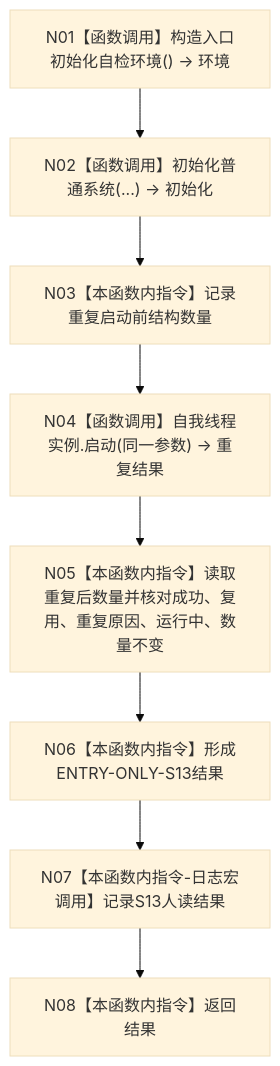
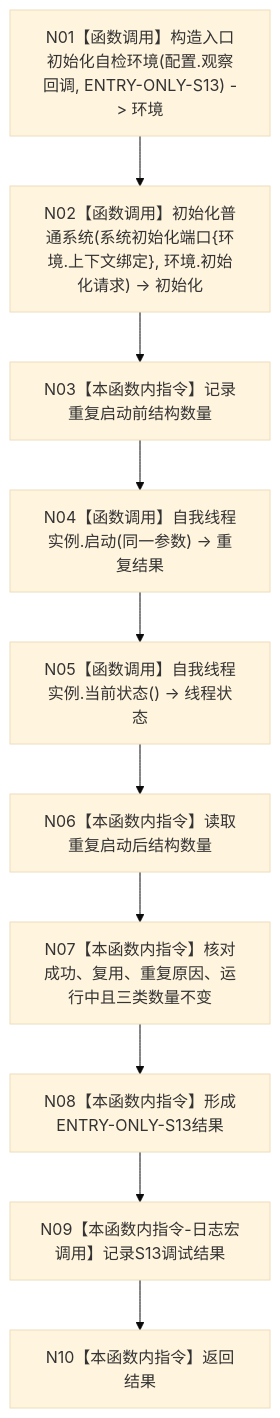
The diagram in 流程图/20260726_ENTRY-ONLY_S13_自我线程重复启动结构不变_施工流程图_v0.1.md (chunhaizh-cyber/HY-Ego), drawn with Mermaid (base theme) before and after one commit. The commit also changed other lines of this file and 54 other files, not shown here.

Commit message:
修订 ENTRY-ONLY 入口职责设计包

````diff
--- a/流程图/20260726_ENTRY-ONLY_S13_自我线程重复启动结构不变_施工流程图_v0.1.md
+++ b/流程图/20260726_ENTRY-ONLY_S13_自我线程重复启动结构不变_施工流程图_v0.1.md
@@ -27,10 +27,12 @@
 ```mermaid
 flowchart TD
-    N01["N01【函数调用】构造入口初始化自检环境() -> 环境"] --> N02["N02【函数调用】初始化普通系统(...) -> 初始化"]
+    N01["N01【函数调用】构造入口初始化自检环境(配置.观察回调, ENTRY-ONLY-S13) -> 环境"] --> N02["N02【函数调用】初始化普通系统(系统初始化端口{环境.上下文绑定}, 环境.初始化请求) -> 初始化"]
     N02 --> N03["N03【本函数内指令】记录重复启动前结构数量"]
     N03 --> N04["N04【函数调用】自我线程实例.启动(同一参数) -> 重复结果"]
-    N04 --> N05["N05【本函数内指令】读取重复后数量并核对成功、复用、重复原因、运行中、数量不变"]
-    N05 --> N06["N06【本函数内指令】形成ENTRY-ONLY-S13结果"]
-    N06 --> N07["N07【本函数内指令-日志宏调用】记录S13人读结果"]
-    N07 --> N08["N08【本函数内指令】返回结果"]
+    N04 --> N05["N05【函数调用】自我线程实例.当前状态() -> 线程状态"]
+    N05 --> N06["N06【本函数内指令】读取重复启动后结构数量"]
+    N06 --> N07["N07【本函数内指令】核对成功、复用、重复原因、运行中且三类数量不变"]
+    N07 --> N08["N08【本函数内指令】形成ENTRY-ONLY-S13结果"]
+    N08 --> N09["N09【本函数内指令-日志宏调用】记录S13调试结果"]
+    N09 --> N10["N10【本函数内指令】返回结果"]
 ```
````
